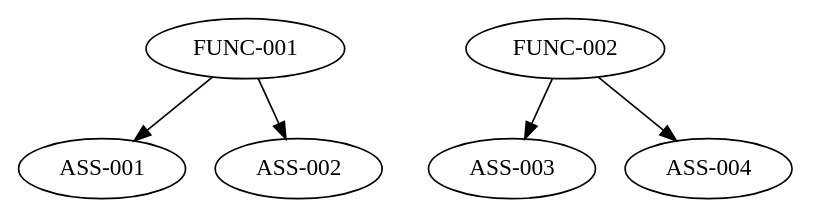
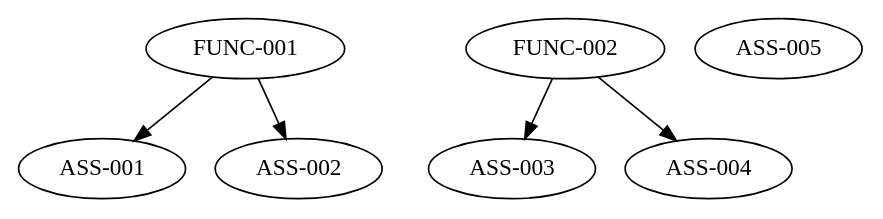
The diagram in .dotstop.dot (SEAME-pt/Team5_Senna_Tech), drawn with Graphviz before and after one commit. The commit also changed 1 other file, not shown here.

Commit message:
+ | added assertion ASS 005 - qt cross compilation

```diff
--- a/.dotstop.dot
+++ b/.dotstop.dot
@@ -1,15 +1,16 @@
 # This file is automatically generated by dotstop and should not be edited manually.
 # Generated using trustable 2025.10.22.
 
 digraph G {
 "FUNC-001" [sha="4b0c44a7bc5ffb7397af226c1cef7051d97b010ee3e37790f7888781e1f821e6"];
 "ASS-001" [sha="1c7098f004918eb922a6f970bcc6e24d73d5707541f504e977737d6f66799d92"];
 "ASS-002" [sha="91af5187968cd90fcfd7e5ed668c460c406df6c16230960652d03a8bab2153c8"];
 "ASS-003" [sha="7e6ea3173498d264ece5fe4c87841e9dec23623c2fd36c27ef671133f09c1400"];
 "ASS-004" [sha="66f2b5973b1cdef5d772fc763c2b49b8842e54dfca9bae85d03b0c49151d7bf3"];
+"ASS-005" [sha="70d99902e59b27dddc476aa1364e399198e67090bc08c3ede14d9732e05ae5b4"];
 "FUNC-002" [sha="df7dd733cbee8fd5209fbe60fb4e167fd153849bac6ee58c87f1c204dc88069f"];
 "FUNC-001" -> "ASS-001" [sha="9ecfb583ca110908b74cffb8598600b471049d4178a3e340525756be7d79af1d"];
 "FUNC-001" -> "ASS-002" [sha="bb0a0db7d164c82af6241088eba6c118468f88c6dc8eac918e4aa59cc001d248"];
 "FUNC-002" -> "ASS-003" [sha="b9fd7a150419cd45981f9c868015e7542f897860c67385a418e8e21883b2d1f0"];
 "FUNC-002" -> "ASS-004" [sha="9d115a7a093857a0e0673b895b11f34a14c6ac4f89089d5f959b0c54b40e2328"];
 }
```
